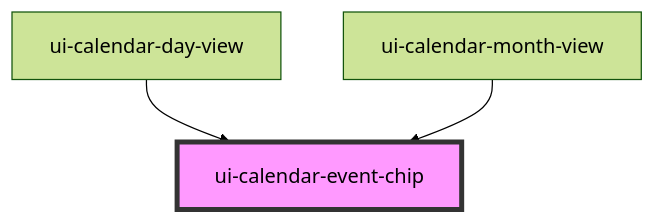
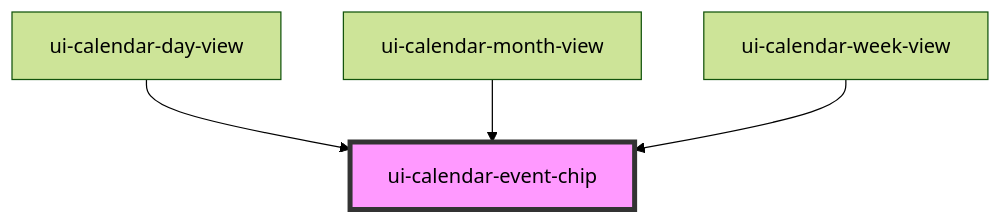
The diagram in packages/design-system/src/components/ui-calendar-event-chip/readme.md (danieluxury88/UI-Platform), drawn with Mermaid (forest theme) before and after one commit. The commit also changed other lines of this file and 20 other files, not shown here.

Commit message:
feat: add calendar week view and repo onboarding setup

````diff
--- a/packages/design-system/src/components/ui-calendar-event-chip/readme.md
+++ b/packages/design-system/src/components/ui-calendar-event-chip/readme.md
@@ -32,6 +33,7 @@
 ```mermaid
 graph TD;
   ui-calendar-day-view --> ui-calendar-event-chip
   ui-calendar-month-view --> ui-calendar-event-chip
+  ui-calendar-week-view --> ui-calendar-event-chip
   style ui-calendar-event-chip fill:#f9f,stroke:#333,stroke-width:4px
 ```
````
